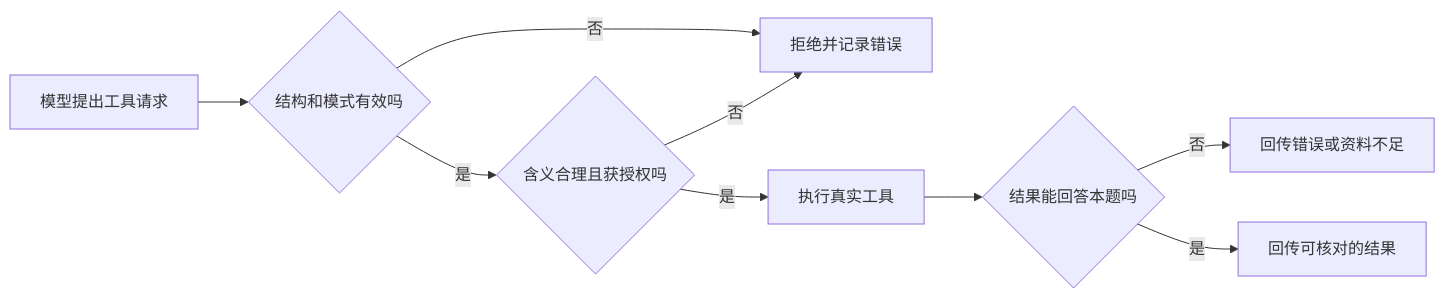
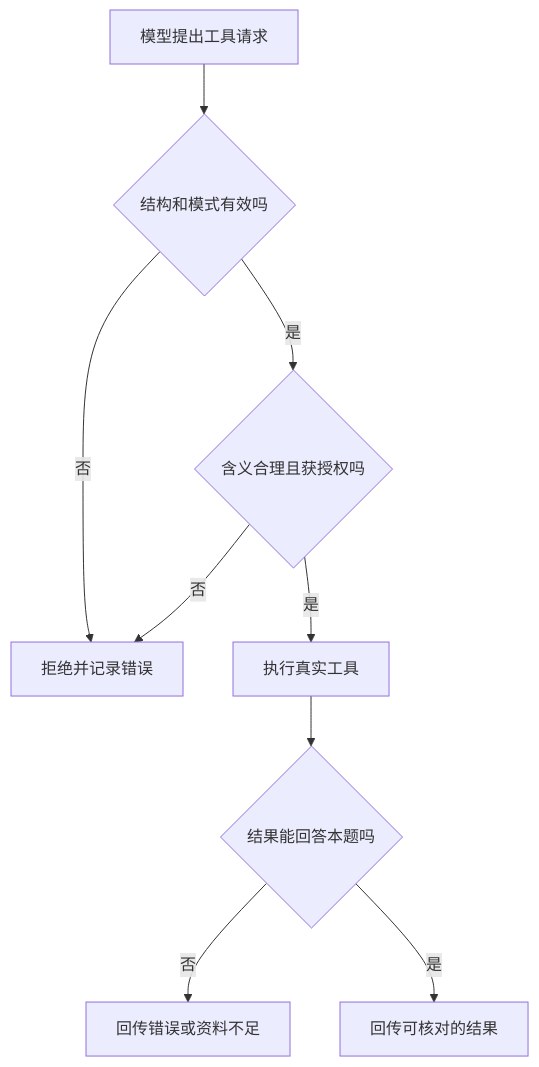
The diagram in 书稿/03-第三章.md (RanTian2333/agentbook), drawn with Mermaid before and after one commit. The commit also changed 6 other files, not shown here.

Commit message:
Improve diagram readability in Markdown preview

````diff
--- a/书稿/03-第三章.md
+++ b/书稿/03-第三章.md
@@ -79,11 +79,11 @@
 ```mermaid
-flowchart LR
+flowchart TB
     request[模型提出工具请求] --> shape{结构和模式有效吗}
     shape -->|否| reject[拒绝并记录错误]
     shape -->|是| permission{含义合理且获授权吗}
     permission -->|否| reject
     permission -->|是| execute[执行真实工具]
     execute --> result{结果能回答本题吗}
     result -->|否| limited[回传错误或资料不足]
     result -->|是| return[回传可核对的结果]
 ```
````
